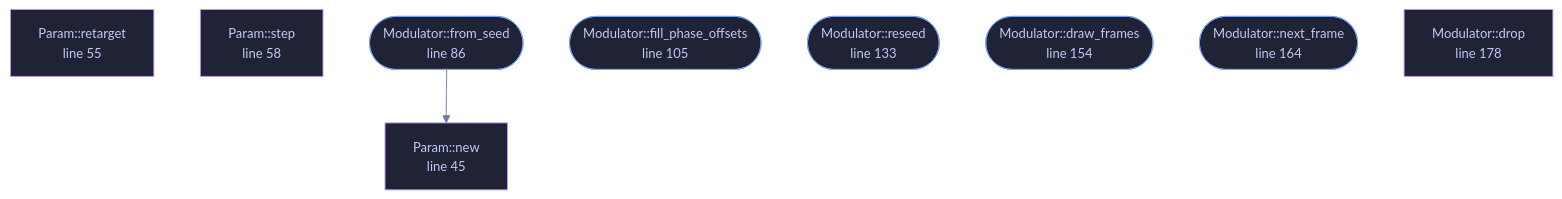
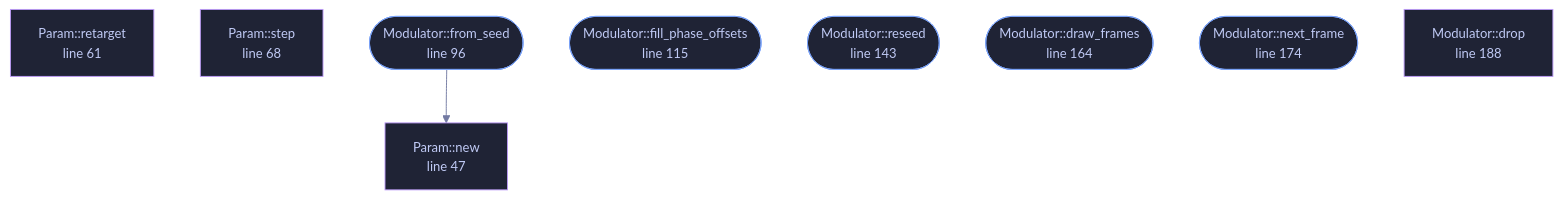
One commit to tilas01/veilvoice changed the diagram in docs/files/veilvoice-core/modulation.md. Above: the diagram before and after it, drawn with Mermaid. The commit also changed other lines of this file and 528 other files, not shown here.

````diff
--- a/docs/files/veilvoice-core/modulation.md
+++ b/docs/files/veilvoice-core/modulation.md
@@ -86,27 +86,27 @@
 ```mermaid
 %%{init: {"theme":"base","themeVariables":{"background":"#1a1b26","primaryColor":"#1f2335","primaryTextColor":"#c0caf5","primaryBorderColor":"#7aa2f7","secondaryColor":"#16161e","tertiaryColor":"#16161e","lineColor":"#737aa2","textColor":"#c0caf5","mainBkg":"#1f2335","nodeBorder":"#7aa2f7","clusterBkg":"#16161e","clusterBorder":"#2f3549","fontFamily":"ui-monospace, SFMono-Regular, Consolas, monospace","fontSize":"14px"}}}%%
 flowchart TD
-    n_new["Param::new<br/>line 45"]
-    n_retarget["Param::retarget<br/>line 55"]
-    n_step["Param::step<br/>line 58"]
-    n_from_seed(["Modulator::from_seed<br/>line 86"])
-    n_fill_phase_offsets(["Modulator::fill_phase_offsets<br/>line 105"])
-    n_reseed(["Modulator::reseed<br/>line 133"])
-    n_draw_frames(["Modulator::draw_frames<br/>line 154"])
-    n_next_frame(["Modulator::next_frame<br/>line 164"])
-    n_drop["Modulator::drop<br/>line 178"]
+    n_new["Param::new<br/>line 47"]
+    n_retarget["Param::retarget<br/>line 61"]
+    n_step["Param::step<br/>line 68"]
+    n_from_seed(["Modulator::from_seed<br/>line 96"])
+    n_fill_phase_offsets(["Modulator::fill_phase_offsets<br/>line 115"])
+    n_reseed(["Modulator::reseed<br/>line 143"])
+    n_draw_frames(["Modulator::draw_frames<br/>line 164"])
+    n_next_frame(["Modulator::next_frame<br/>line 174"])
+    n_drop["Modulator::drop<br/>line 188"]
     n_from_seed --> n_new
-    click n_new href "https://github.com/tilas01/veilvoice/blob/main/crates/veilvoice-core/src/modulation.rs#L45" "open the source"
-    click n_retarget href "https://github.com/tilas01/veilvoice/blob/main/crates/veilvoice-core/src/modulation.rs#L55" "open the source"
-    click n_step href "https://github.com/tilas01/veilvoice/blob/main/crates/veilvoice-core/src/modulation.rs#L58" "open the source"
-    click n_from_seed href "https://github.com/tilas01/veilvoice/blob/main/crates/veilvoice-core/src/modulation.rs#L86" "open the source"
-    click n_fill_phase_offsets href "https://github.com/tilas01/veilvoice/blob/main/crates/veilvoice-core/src/modulation.rs#L105" "open the source"
-    click n_reseed href "https://github.com/tilas01/veilvoice/blob/main/crates/veilvoice-core/src/modulation.rs#L133" "open the source"
-    click n_draw_frames href "https://github.com/tilas01/veilvoice/blob/main/crates/veilvoice-core/src/modulation.rs#L154" "open the source"
-    click n_next_frame href "https://github.com/tilas01/veilvoice/blob/main/crates/veilvoice-core/src/modulation.rs#L164" "open the source"
-    click n_drop href "https://github.com/tilas01/veilvoice/blob/main/crates/veilvoice-core/src/modulation.rs#L178" "open the source"
+    click n_new href "https://github.com/tilas01/veilvoice/blob/main/crates/veilvoice-core/src/modulation.rs#L47" "open the source"
+    click n_retarget href "https://github.com/tilas01/veilvoice/blob/main/crates/veilvoice-core/src/modulation.rs#L61" "open the source"
+    click n_step href "https://github.com/tilas01/veilvoice/blob/main/crates/veilvoice-core/src/modulation.rs#L68" "open the source"
+    click n_from_seed href "https://github.com/tilas01/veilvoice/blob/main/crates/veilvoice-core/src/modulation.rs#L96" "open the source"
+    click n_fill_phase_offsets href "https://github.com/tilas01/veilvoice/blob/main/crates/veilvoice-core/src/modulation.rs#L115" "open the source"
+    click n_reseed href "https://github.com/tilas01/veilvoice/blob/main/crates/veilvoice-core/src/modulation.rs#L143" "open the source"
+    click n_draw_frames href "https://github.com/tilas01/veilvoice/blob/main/crates/veilvoice-core/src/modulation.rs#L164" "open the source"
+    click n_next_frame href "https://github.com/tilas01/veilvoice/blob/main/crates/veilvoice-core/src/modulation.rs#L174" "open the source"
+    click n_drop href "https://github.com/tilas01/veilvoice/blob/main/crates/veilvoice-core/src/modulation.rs#L188" "open the source"
     classDef entry fill:#1f2335,stroke:#7aa2f7,color:#c0caf5
     class n_from_seed,n_fill_phase_offsets,n_reseed,n_draw_frames,n_next_frame entry
     classDef helper fill:#1f2335,stroke:#bb9af7,color:#c0caf5
     class n_new,n_retarget,n_step,n_drop helper
 ```
````
